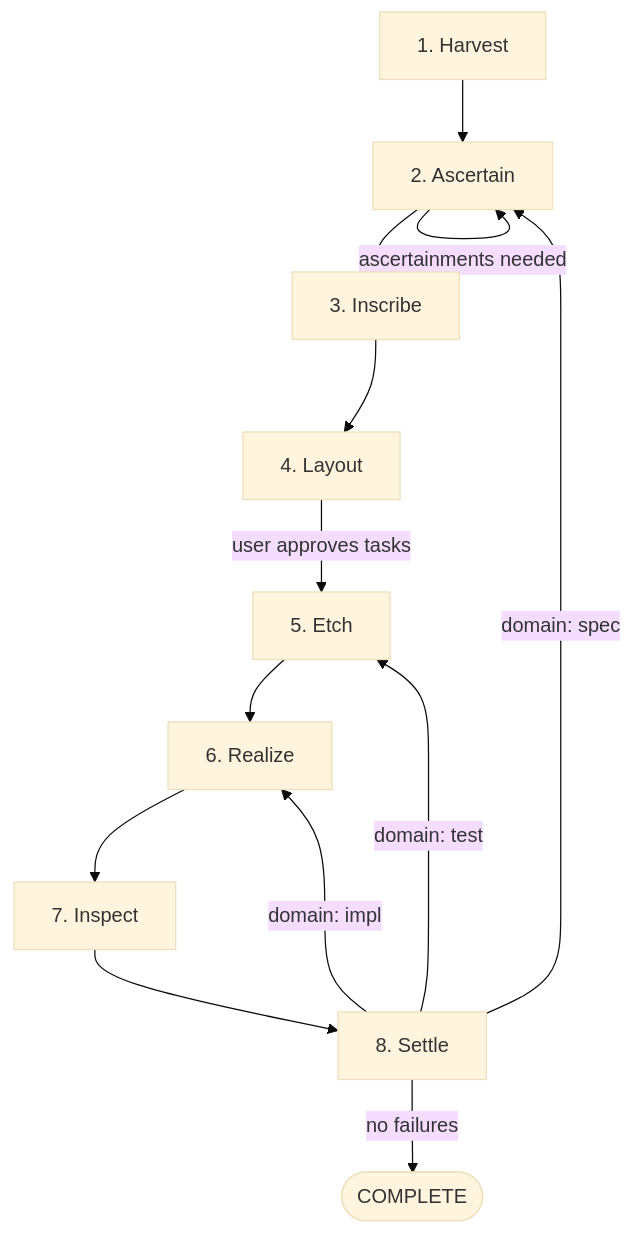
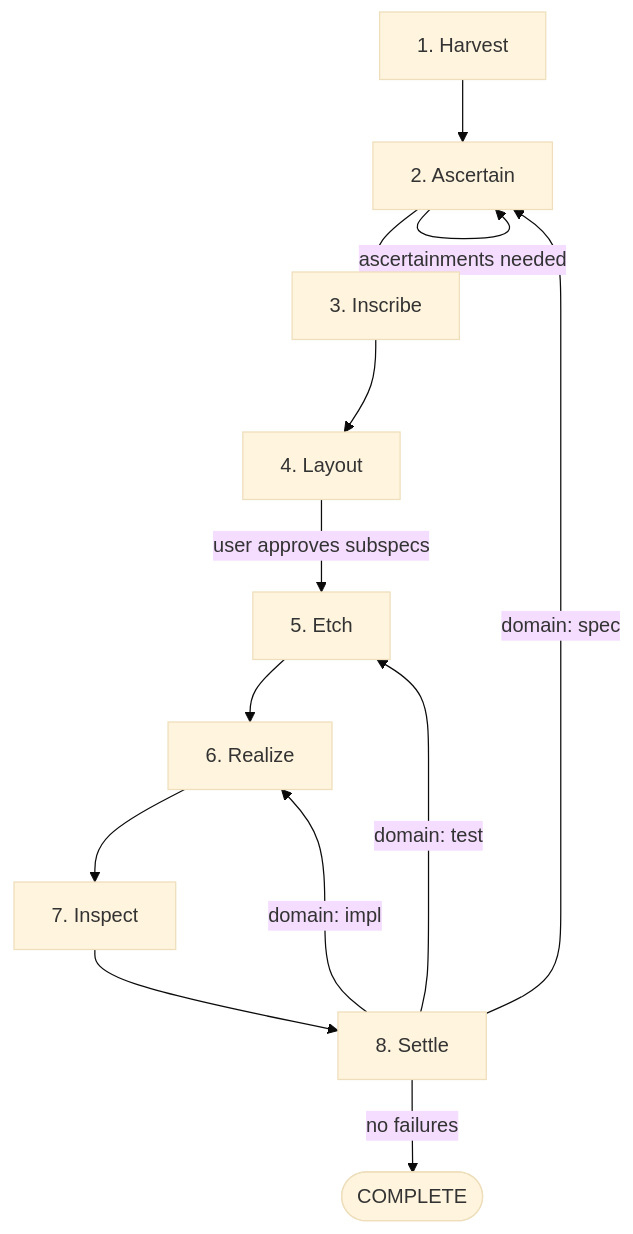
Before and after one commit to v0idbit/haileris: the first of 5 diagrams in docs/diagrams/diagrams.md, drawn with Mermaid (base theme). The commit also changed other lines of this file and 24 other files, not shown here.

````diff
--- a/docs/diagrams/diagrams.md
+++ b/docs/diagrams/diagrams.md
@@ -5,24 +5,24 @@
 ```mermaid
 flowchart TD
     H[1. Harvest]
     A[2. Ascertain]
     I[3. Inscribe]
     L[4. Layout]
     E[5. Etch]
     R[6. Realize]
     IN[7. Inspect]
     S[8. Settle]
 
     H --> A
     A -->|ascertainments needed| A
     A --> I
     I --> L
-    L -->|user approves tasks| E
+    L -->|user approves subspecs| E
     E --> R
     R --> IN
     IN --> S
     S -->|"domain: spec"| A
     S -->|"domain: test"| E
     S -->|"domain: impl"| R
     S -->|no failures| DONE([COMPLETE])
 ```
````
